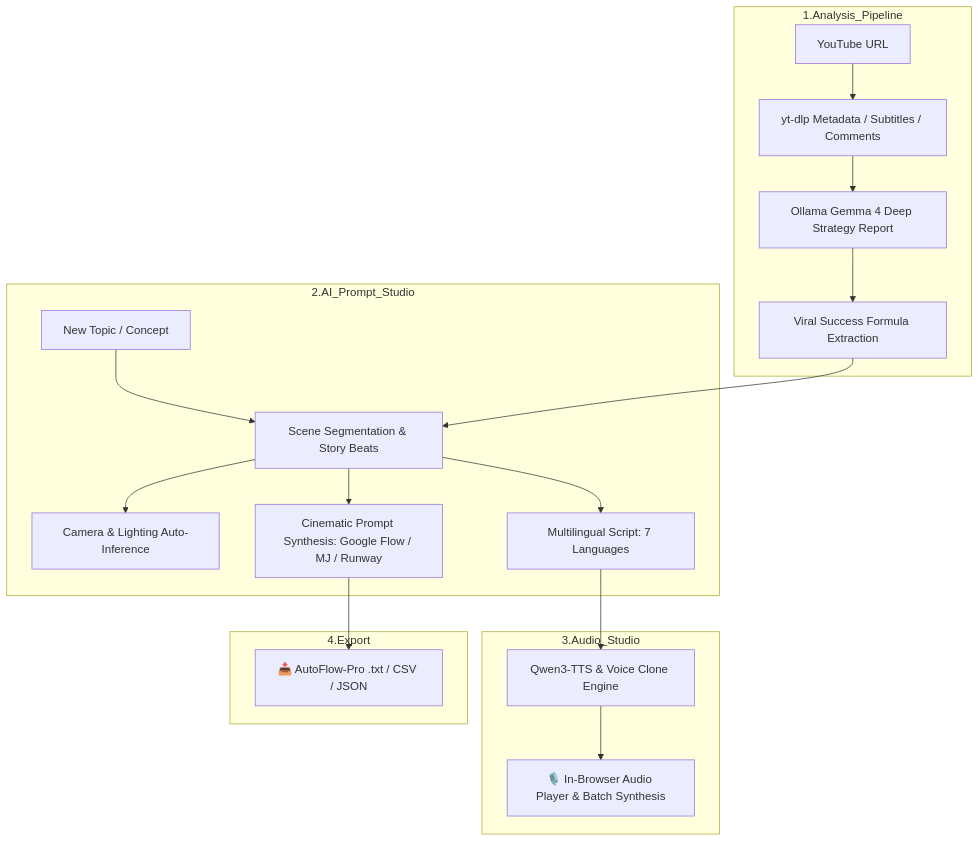
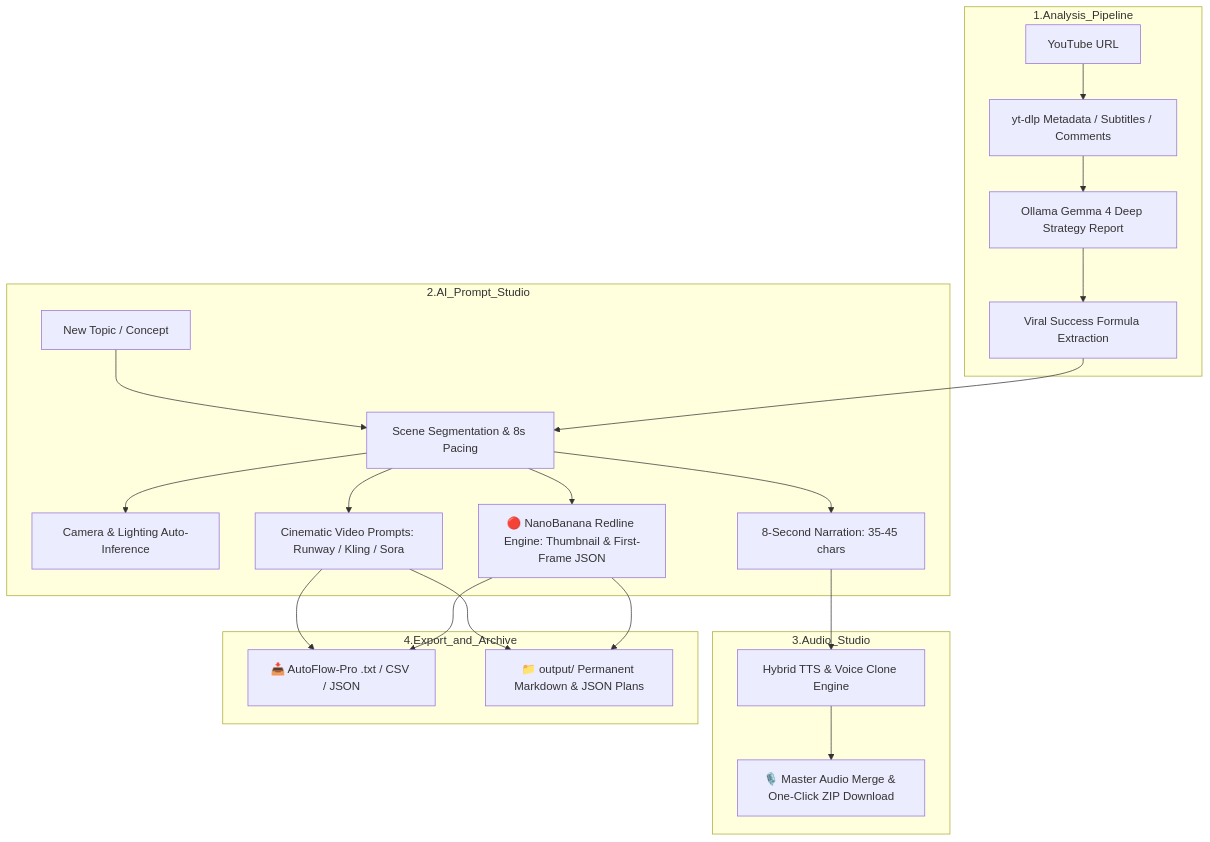
The diagram in README.md (casareborgia/youtube-video-analysis), drawn with Mermaid before and after one commit. The commit also changed other lines of this file and 21 other files, not shown here.

````diff
--- a/README.md
+++ b/README.md
@@ -75,25 +78,27 @@
 ```mermaid
 graph TD
     subgraph 1.Analysis_Pipeline
         A[YouTube URL] --> B[yt-dlp Metadata / Subtitles / Comments]
         B --> C[Ollama Gemma 4 Deep Strategy Report]
         C --> D[Viral Success Formula Extraction]
     end
 
     subgraph 2.AI_Prompt_Studio
-        E[New Topic / Concept] --> F[Scene Segmentation & Story Beats]
+        E[New Topic / Concept] --> F[Scene Segmentation & 8s Pacing]
         D --> F
         F --> G[Camera & Lighting Auto-Inference]
-        F --> H[Multilingual Script: 7 Languages]
-        F --> I[Cinematic Prompt Synthesis: Google Flow / MJ / Runway]
+        F --> H[8-Second Narration: 35-45 chars]
+        F --> I[Cinematic Video Prompts: Runway / Kling / Sora]
+        F --> RED[🔴 NanoBanana Redline Engine: Thumbnail & First-Frame JSON]
     end
 
     subgraph 3.Audio_Studio
-        H --> J[Qwen3-TTS & Voice Clone Engine]
-        J --> K[🎙️ In-Browser Audio Player & Batch Synthesis]
+        H --> J[Hybrid TTS & Voice Clone Engine]
+        J --> K[🎙️ Master Audio Merge & One-Click ZIP Download]
     end
 
-    subgraph 4.Export
-        I --> L[📥 AutoFlow-Pro .txt / CSV / JSON]
+    subgraph 4.Export_and_Archive
+        I & RED --> L[📥 AutoFlow-Pro .txt / CSV / JSON]
+        I & RED --> M[📁 output/ Permanent Markdown & JSON Plans]
     end
 ```
````
